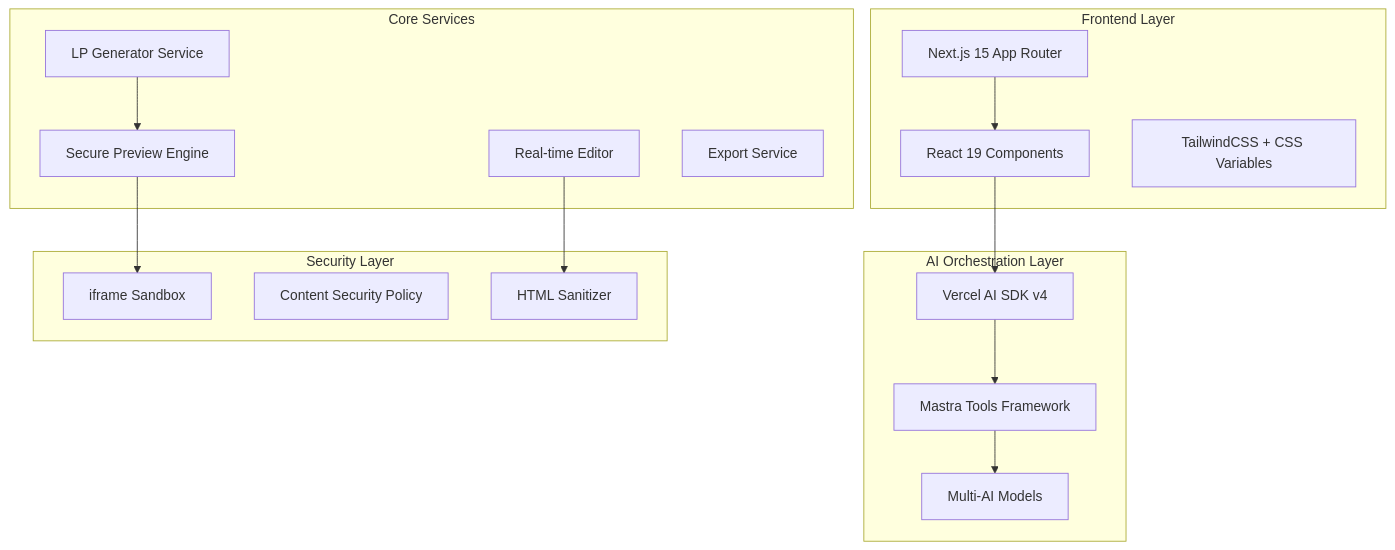
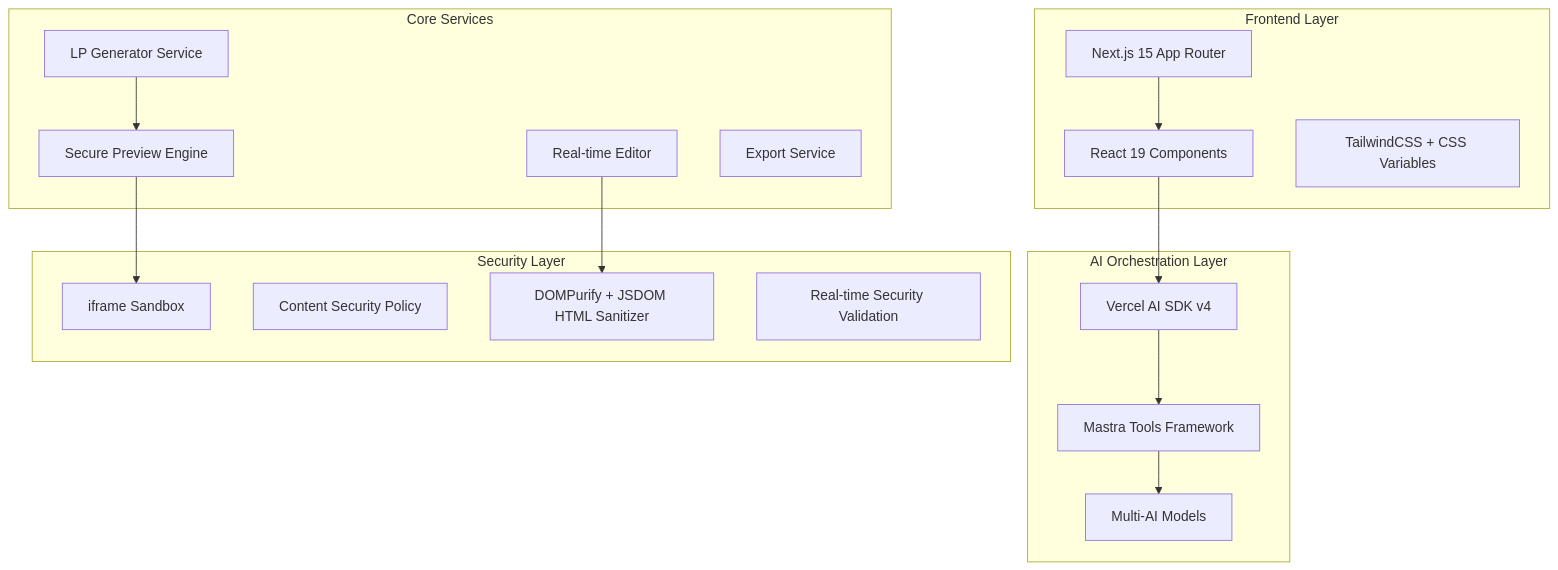
One commit to kamekamek/lp-creator2 changed the diagram in .kiro/specs/lp-creator-platform/design.md. Above: the diagram before and after it, drawn with Mermaid. The commit also changed other lines of this file and 50 other files, not shown here.

````diff
--- a/.kiro/specs/lp-creator-platform/design.md
+++ b/.kiro/specs/lp-creator-platform/design.md
@@ -13,35 +13,36 @@
 ```mermaid
 graph TB
     subgraph "Frontend Layer"
         UI[Next.js 15 App Router]
         Components[React 19 Components]
         Styling[TailwindCSS + CSS Variables]
     end
     
     subgraph "AI Orchestration Layer"
         SDK[Vercel AI SDK v4]
         Mastra[Mastra Tools Framework]
         Models[Multi-AI Models]
     end
     
     subgraph "Core Services"
         Generator[LP Generator Service]
         Editor[Real-time Editor]
         Preview[Secure Preview Engine]
         Export[Export Service]
     end
     
     subgraph "Security Layer"
         Sandbox[iframe Sandbox]
         CSP[Content Security Policy]
-        Sanitizer[HTML Sanitizer]
+        Sanitizer[DOMPurify + JSDOM HTML Sanitizer]
+        SecurityChecks[Real-time Security Validation]
     end
     
     UI --> Components
     Components --> SDK
     SDK --> Mastra
     Mastra --> Models
     Generator --> Preview
     Preview --> Sandbox
     Editor --> Sanitizer
 ```
````
